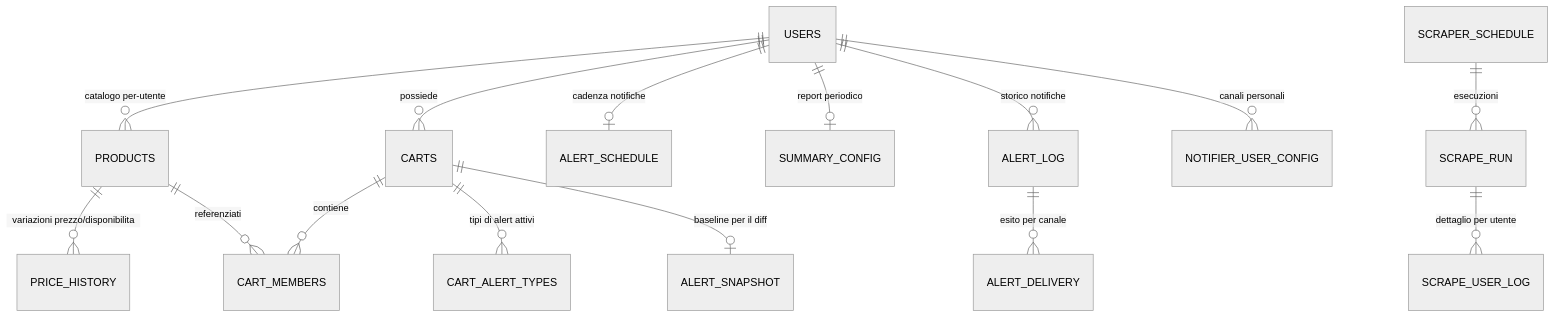
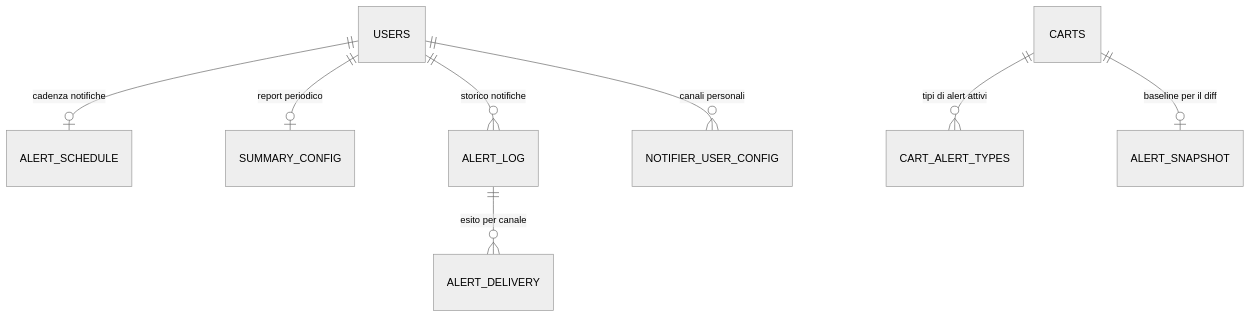
The diagram in docs-ita/2-architecture/data-and-multitenancy.md (caporalesimone/watch-em-all), drawn with Mermaid (neutral theme) before and after one commit. The commit also changed other lines of this file and 9 other files, not shown here.

First line of the commit message:
docs(6): migrate 2-architecture docs to English

````diff
--- a/docs-ita/2-architecture/data-and-multitenancy.md
+++ b/docs-ita/2-architecture/data-and-multitenancy.md
@@ -11,17 +9,10 @@
 ```mermaid
 erDiagram
-    USERS ||--o{ PRODUCTS : "catalogo per-utente"
-    USERS ||--o{ CARTS : possiede
-    PRODUCTS ||--o{ PRICE_HISTORY : "variazioni prezzo/disponibilita"
-    CARTS ||--o{ CART_MEMBERS : contiene
-    PRODUCTS ||--o{ CART_MEMBERS : referenziati
-    CARTS ||--o{ CART_ALERT_TYPES : "tipi di alert attivi"
     USERS ||--o| ALERT_SCHEDULE : "cadenza notifiche"
     USERS ||--o| SUMMARY_CONFIG : "report periodico"
     USERS ||--o{ ALERT_LOG : "storico notifiche"
     ALERT_LOG ||--o{ ALERT_DELIVERY : "esito per canale"
+    USERS ||--o{ NOTIFIER_USER_CONFIG : "canali personali"
+    CARTS ||--o{ CART_ALERT_TYPES : "tipi di alert attivi"
     CARTS ||--o| ALERT_SNAPSHOT : "baseline per il diff"
-    USERS ||--o{ NOTIFIER_USER_CONFIG : "canali personali"
-    SCRAPER_SCHEDULE ||--o{ SCRAPE_RUN : "esecuzioni"
-    SCRAPE_RUN ||--o{ SCRAPE_USER_LOG : "dettaglio per utente"
 ```
````
